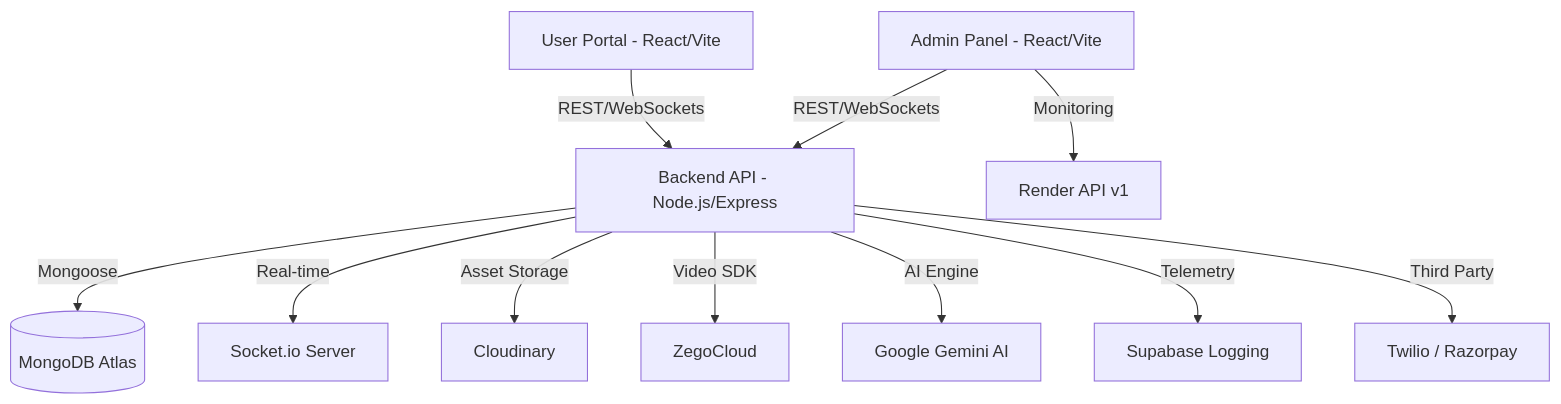
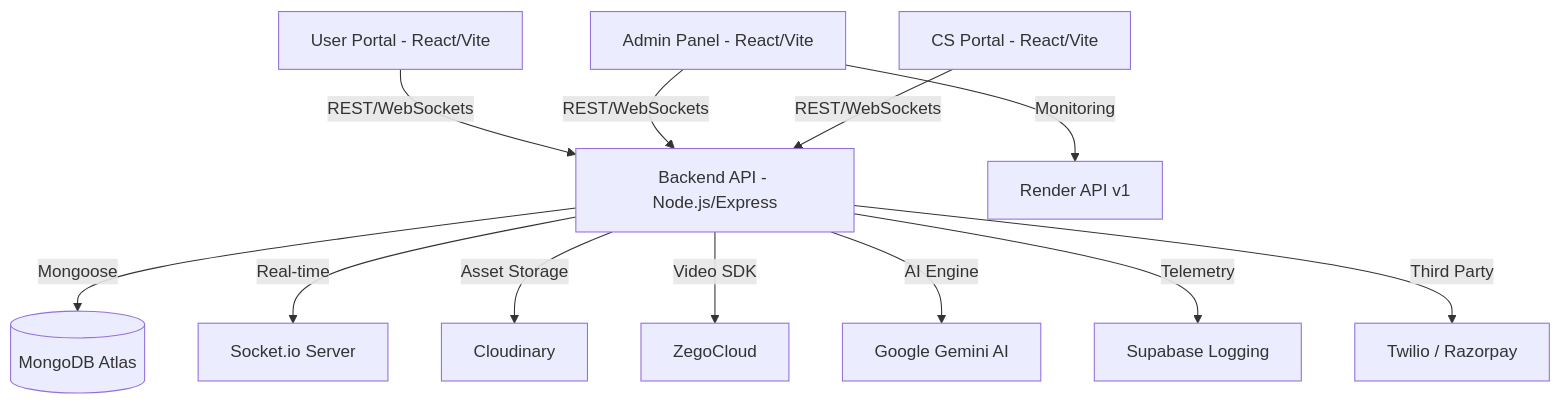
One commit to AbheetHacker4278/Pawvaidya_personal_project changed the diagram in README.md. Above: the diagram before and after it, drawn with Mermaid. The commit also changed other lines of this file, not shown here.

Commit message:
Allow CS Portal origin in CORS

````diff
--- a/README.md
+++ b/README.md
@@ -15,13 +15,14 @@
 ```mermaid
 graph TD
     A[User Portal - React/Vite] -->|REST/WebSockets| B[Backend API - Node.js/Express]
     C[Admin Panel - React/Vite] -->|REST/WebSockets| B
+    L[CS Portal - React/Vite] -->|REST/WebSockets| B
     B -->|Mongoose| D[(MongoDB Atlas)]
     B -->|Real-time| E[Socket.io Server]
     B -->|Asset Storage| F[Cloudinary]
     B -->|Video SDK| G[ZegoCloud]
     B -->|AI Engine| H[Google Gemini AI]
     B -->|Telemetry| I[Supabase Logging]
     B -->|Third Party| J[Twilio / Razorpay]
     C -->|Monitoring| K[Render API v1]
 ```
````
